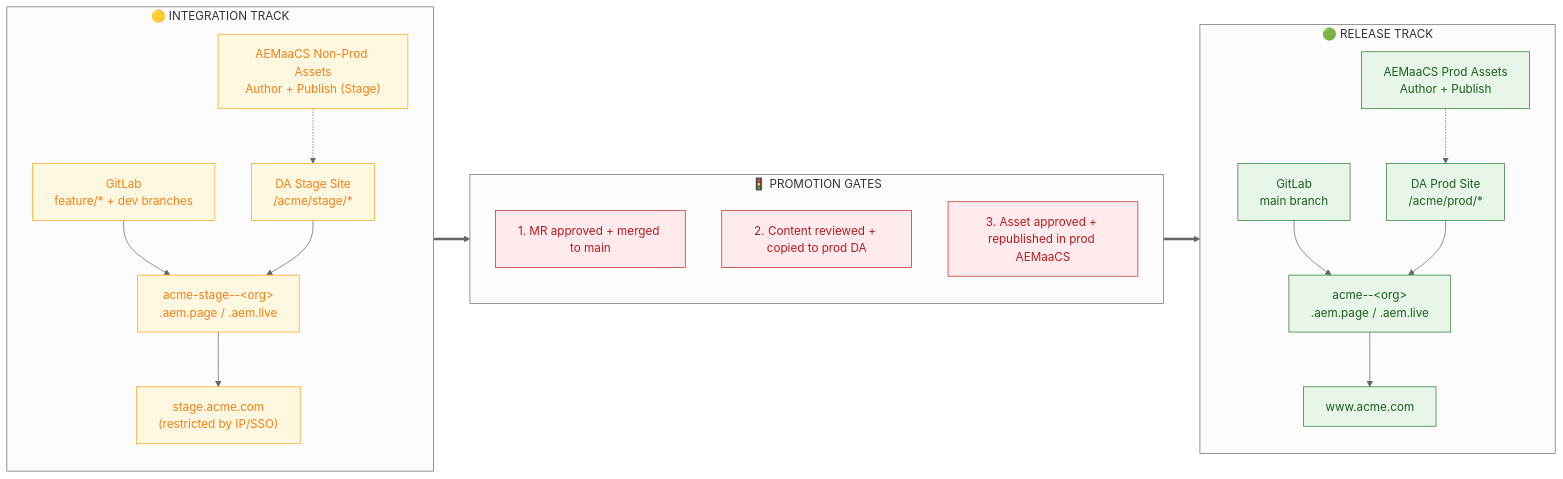
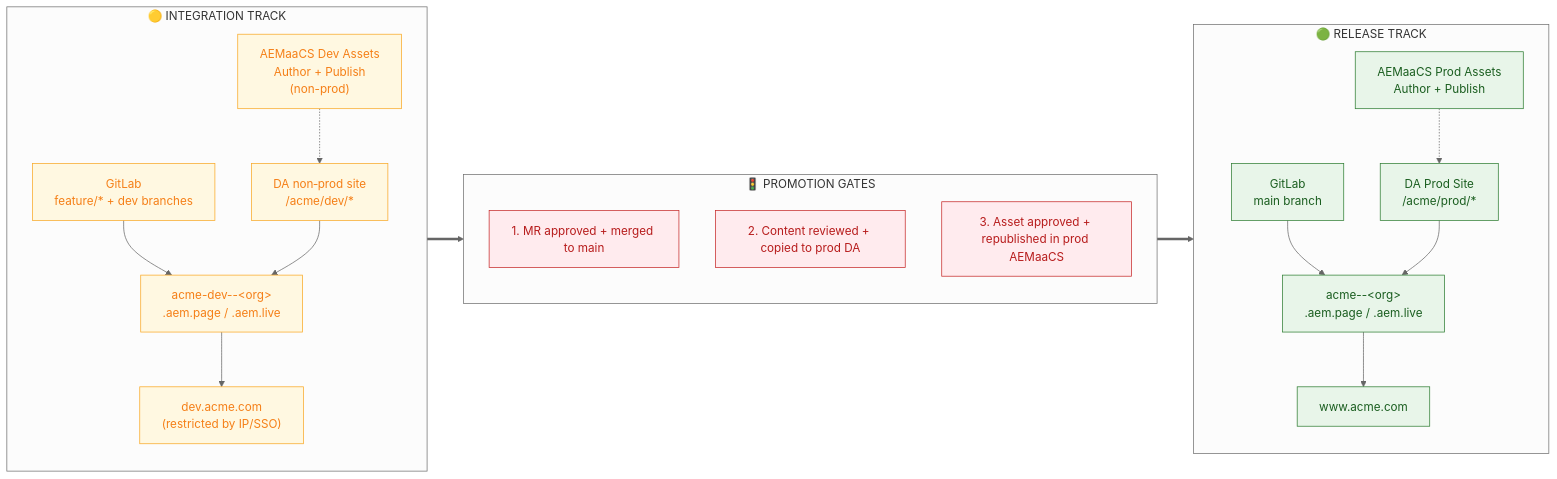
One commit to ak8458/abc-poc changed the second of 4 diagrams in docs/eds-multi-environment-summary.md. Above: the diagram before and after it, drawn with Mermaid (neutral theme). The commit also changed other lines of this file and 1 other file, not shown here.

````diff
--- a/docs/eds-multi-environment-summary.md
+++ b/docs/eds-multi-environment-summary.md
@@ -131,44 +133,44 @@
 ```mermaid
 flowchart LR
     classDef int fill:#fff8e1,stroke:#f9a825,color:#f57f17
     classDef rel fill:#e8f5e9,stroke:#2e7d32,color:#1b5e20
     classDef gate fill:#ffebee,stroke:#c62828,color:#b71c1c
 
     subgraph IT["🟡 INTEGRATION TRACK"]
         direction TB
         IT_GL["GitLab<br/>feature/* + dev branches"]:::int
-        IT_DA["DA Stage Site<br/>/acme/stage/*"]:::int
-        IT_DAM["AEMaaCS Non-Prod Assets<br/>Author + Publish (Stage)"]:::int
-        IT_EDS["acme-stage--&lt;org&gt;<br/>.aem.page / .aem.live"]:::int
-        IT_URL["stage.acme.com<br/>(restricted by IP/SSO)"]:::int
+        IT_DA["DA non‑prod site<br/>/acme/dev/*"]:::int
+        IT_DAM["AEMaaCS Dev Assets<br/>Author + Publish<br/>(non-prod)"]:::int
+        IT_EDS["acme-dev--&lt;org&gt;<br/>.aem.page / .aem.live"]:::int
+        IT_URL["dev.acme.com<br/>(restricted by IP/SSO)"]:::int
 
         IT_GL --> IT_EDS
         IT_DA --> IT_EDS
         IT_DAM -.-> IT_DA
         IT_EDS --> IT_URL
     end
 
     subgraph GATE["🚦 PROMOTION GATES"]
         direction TB
         G1["1. MR approved + merged to main"]:::gate
         G2["2. Content reviewed + copied to prod DA"]:::gate
         G3["3. Asset approved + republished in prod AEMaaCS"]:::gate
     end
 
     subgraph RT["🟢 RELEASE TRACK"]
         direction TB
         RT_GL["GitLab<br/>main branch"]:::rel
         RT_DA["DA Prod Site<br/>/acme/prod/*"]:::rel
         RT_DAM["AEMaaCS Prod Assets<br/>Author + Publish"]:::rel
         RT_EDS["acme--&lt;org&gt;<br/>.aem.page / .aem.live"]:::rel
         RT_URL["www.acme.com"]:::rel
 
         RT_GL --> RT_EDS
         RT_DA --> RT_EDS
         RT_DAM -.-> RT_DA
         RT_EDS --> RT_URL
     end
 
     IT ==> GATE
     GATE ==> RT
 ```
````
